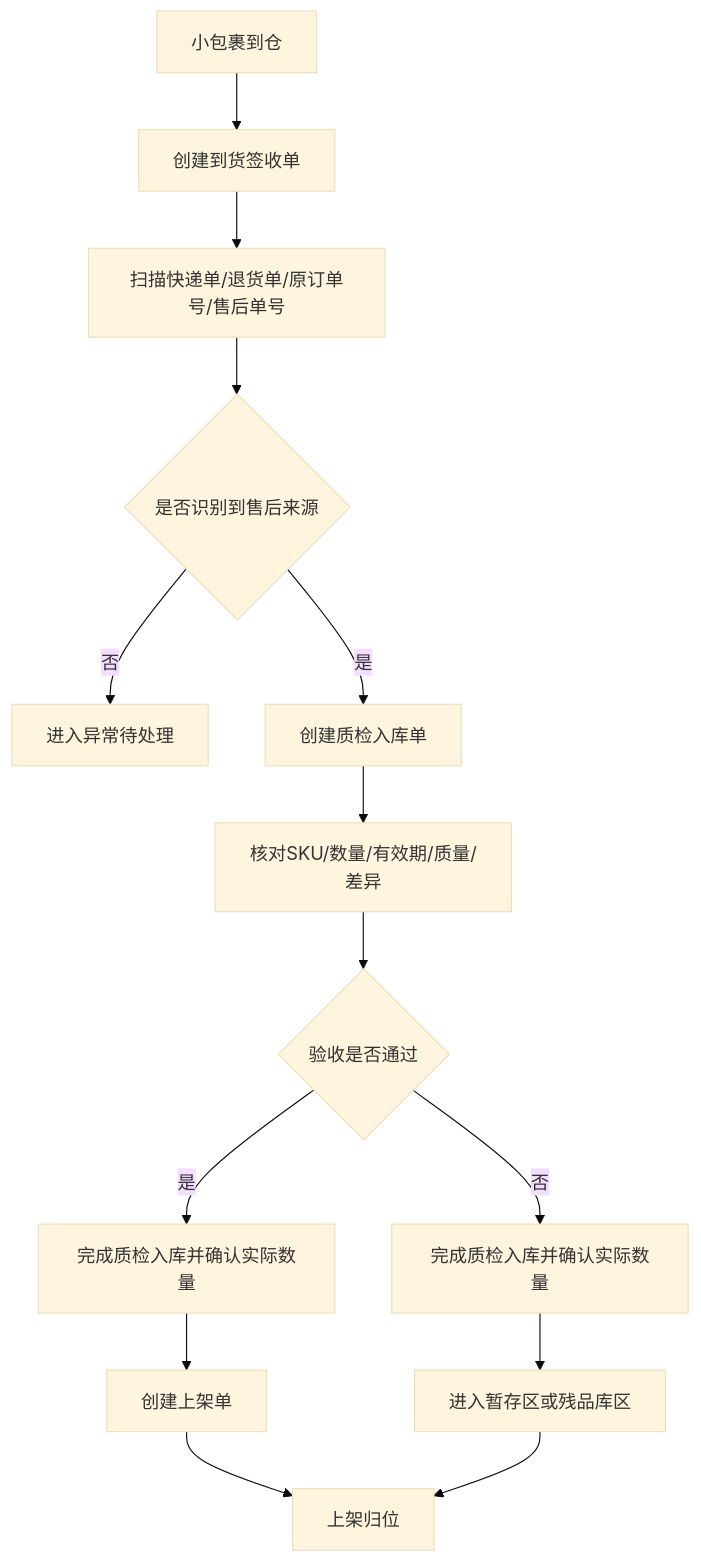
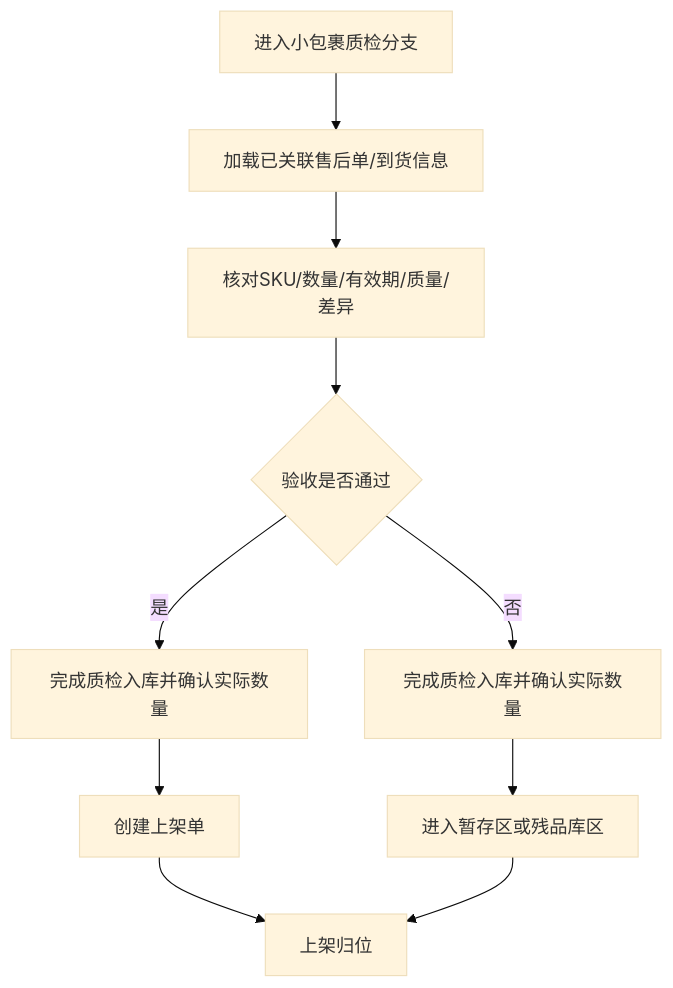
One commit to ChenXiang1988/Supply-Chain-Knowledge-Repository- changed the second of 4 diagrams in example/xzy/03Warehouse Management System/00Requirements/After-sales Receipt Requirements.md. Above: the diagram before and after it, drawn with Mermaid (base theme). The commit also changed other lines of this file and 73 other files, not shown here.

````diff
--- a/example/xzy/03Warehouse Management System/00Requirements/After-sales Receipt Requirements.md
+++ b/example/xzy/03Warehouse Management System/00Requirements/After-sales Receipt Requirements.md
@@ -191,16 +225,12 @@
 ```mermaid
 flowchart TD
-    A[小包裹到仓] --> B[创建到货签收单]
-    B --> C[扫描快递单/退货单/原订单号/售后单号]
-    C --> D{是否识别到售后来源}
-    D -- 否 --> E[进入异常待处理]
-    D -- 是 --> F[创建质检入库单]
-    F --> G[核对SKU/数量/有效期/质量/差异]
-    G --> H{验收是否通过}
-    H -- 是 --> I[完成质检入库并确认实际数量]
-    H -- 否 --> J[完成质检入库并确认实际数量]
-    I --> K[创建上架单]
-    J --> L[进入暂存区或残品库区]
-    K --> M[上架归位]
-    L --> M
+    A[进入小包裹质检分支] --> B[加载已关联售后单/到货信息]
+    B --> C[核对SKU/数量/有效期/质量/差异]
+    C --> D{验收是否通过}
+    D -- 是 --> E[完成质检入库并确认实际数量]
+    D -- 否 --> F[完成质检入库并确认实际数量]
+    E --> G[创建上架单]
+    F --> H[进入暂存区或残品库区]
+    G --> I[上架归位]
+    H --> I
 ```
````
